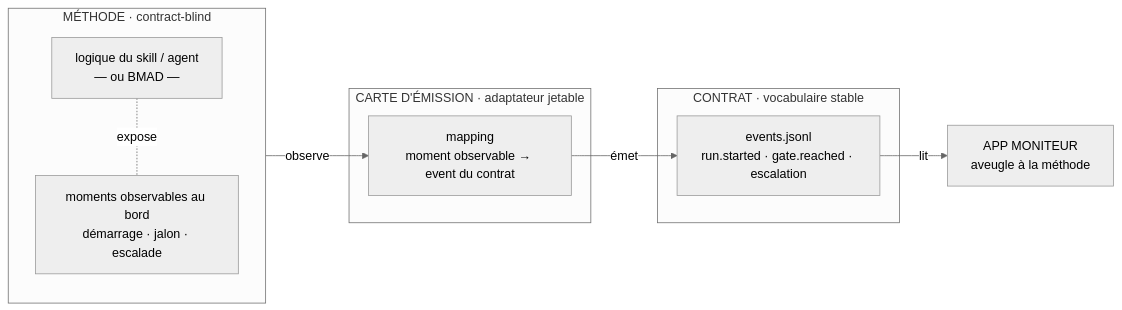
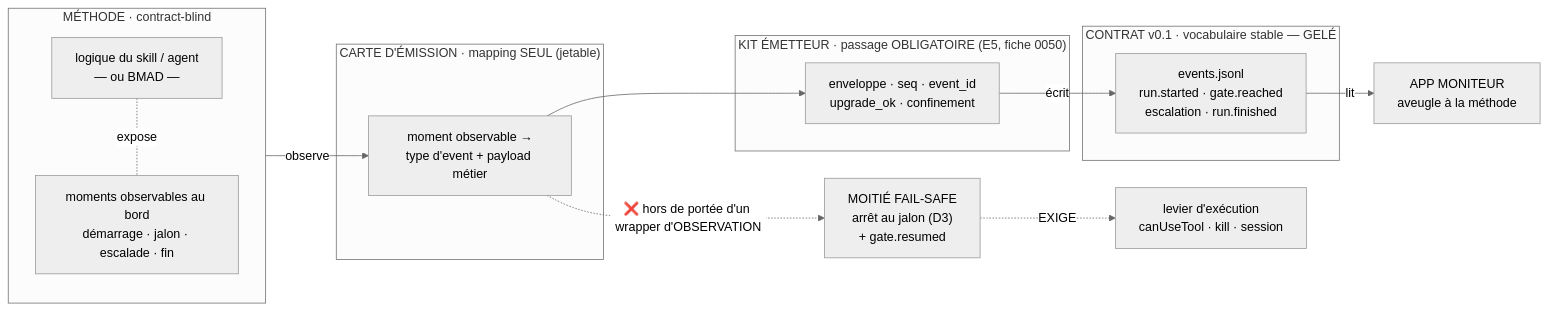
One commit to elzinko/vectorz changed the diagram in docs/adr/ADR-032-emission-adaptateur-separable.md. Above: the diagram before and after it, drawn with Mermaid (neutral theme). The commit also changed other lines of this file and 8 other files, not shown here.

````diff
--- a/docs/adr/ADR-032-emission-adaptateur-separable.md
+++ b/docs/adr/ADR-032-emission-adaptateur-separable.md
@@ -29,19 +118,28 @@
 ```mermaid
 flowchart LR
     subgraph M["MÉTHODE · contract-blind"]
         direction TB
         L["logique du skill / agent<br/>— ou BMAD —"]
-        O["moments observables au bord<br/>démarrage · jalon · escalade"]
+        O["moments observables au bord<br/>démarrage · jalon · escalade · fin"]
         L -.expose.- O
     end
-    subgraph A["CARTE D'ÉMISSION · adaptateur jetable"]
-        MAP["mapping<br/>moment observable → event du contrat"]
+    subgraph A["CARTE D'ÉMISSION · mapping SEUL (jetable)"]
+        MAP["moment observable →<br/>type d'event + payload métier"]
     end
-    subgraph C["CONTRAT · vocabulaire stable"]
-        J["events.jsonl<br/>run.started · gate.reached · escalation"]
+    subgraph K["KIT ÉMETTEUR · passage OBLIGATOIRE (E5, fiche 0050)"]
+        KIT["enveloppe · seq · event_id<br/>upgrade_ok · confinement"]
+    end
+    subgraph C["CONTRAT v0.1 · vocabulaire stable — GELÉ"]
+        J["events.jsonl<br/>run.started · gate.reached<br/>escalation · run.finished"]
     end
     MON["APP MONITEUR<br/>aveugle à la méthode"]
+    STOP["MOITIÉ FAIL-SAFE<br/>arrêt au jalon (D3)<br/>+ gate.resumed"]
+    LEV["levier d'exécution<br/>canUseTool · kill · session"]
+
     O -->|observe| MAP
-    MAP -->|émet| J
+    MAP --> KIT
+    KIT -->|écrit| J
     J -->|lit| MON
+    STOP -.->|EXIGE| LEV
+    MAP -.->|"❌ hors de portée d'un wrapper d'OBSERVATION"| STOP
 ```
````
